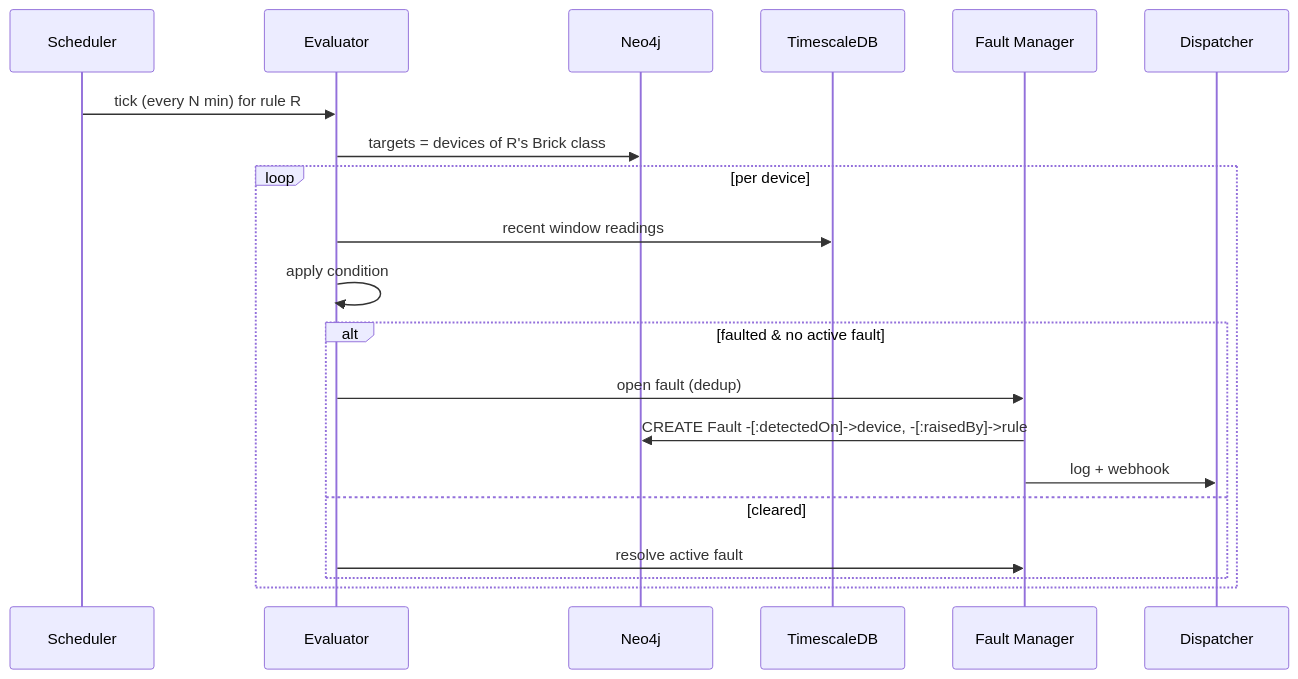
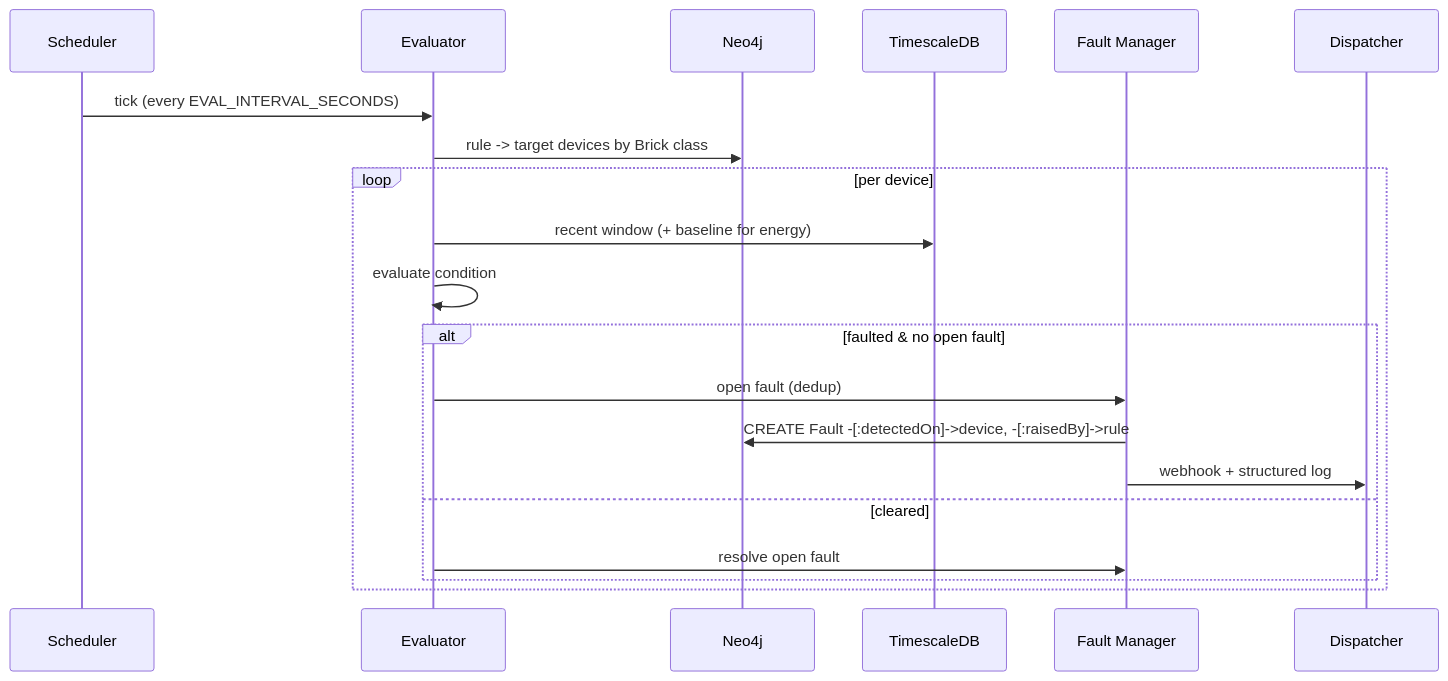
Before and after one commit to vanowarna/altotech-task-1: the second of 4 diagrams in docs/wiki/Sequence-Diagrams.md, drawn with Mermaid. The commit also changed other lines of this file and 8 other files, not shown here.

````diff
--- a/docs/wiki/Sequence-Diagrams.md
+++ b/docs/wiki/Sequence-Diagrams.md
@@ -21,22 +19,22 @@
 ```mermaid
 sequenceDiagram
   participant SCH as Scheduler
   participant EV as Evaluator
   participant NEO as Neo4j
   participant TS as TimescaleDB
   participant FM as Fault Manager
   participant DISP as Dispatcher
-  SCH->>EV: tick (every N min) for rule R
-  EV->>NEO: targets = devices of R's Brick class
+  SCH->>EV: tick (every EVAL_INTERVAL_SECONDS)
+  EV->>NEO: rule -> target devices by Brick class
   loop per device
-    EV->>TS: recent window readings
-    EV->>EV: apply condition
-    alt faulted & no active fault
+    EV->>TS: recent window (+ baseline for energy)
+    EV->>EV: evaluate condition
+    alt faulted & no open fault
       EV->>FM: open fault (dedup)
       FM->>NEO: CREATE Fault -[:detectedOn]->device, -[:raisedBy]->rule
-      FM->>DISP: log + webhook
+      FM->>DISP: webhook + structured log
     else cleared
-      EV->>FM: resolve active fault
+      EV->>FM: resolve open fault
     end
   end
 ```
````
